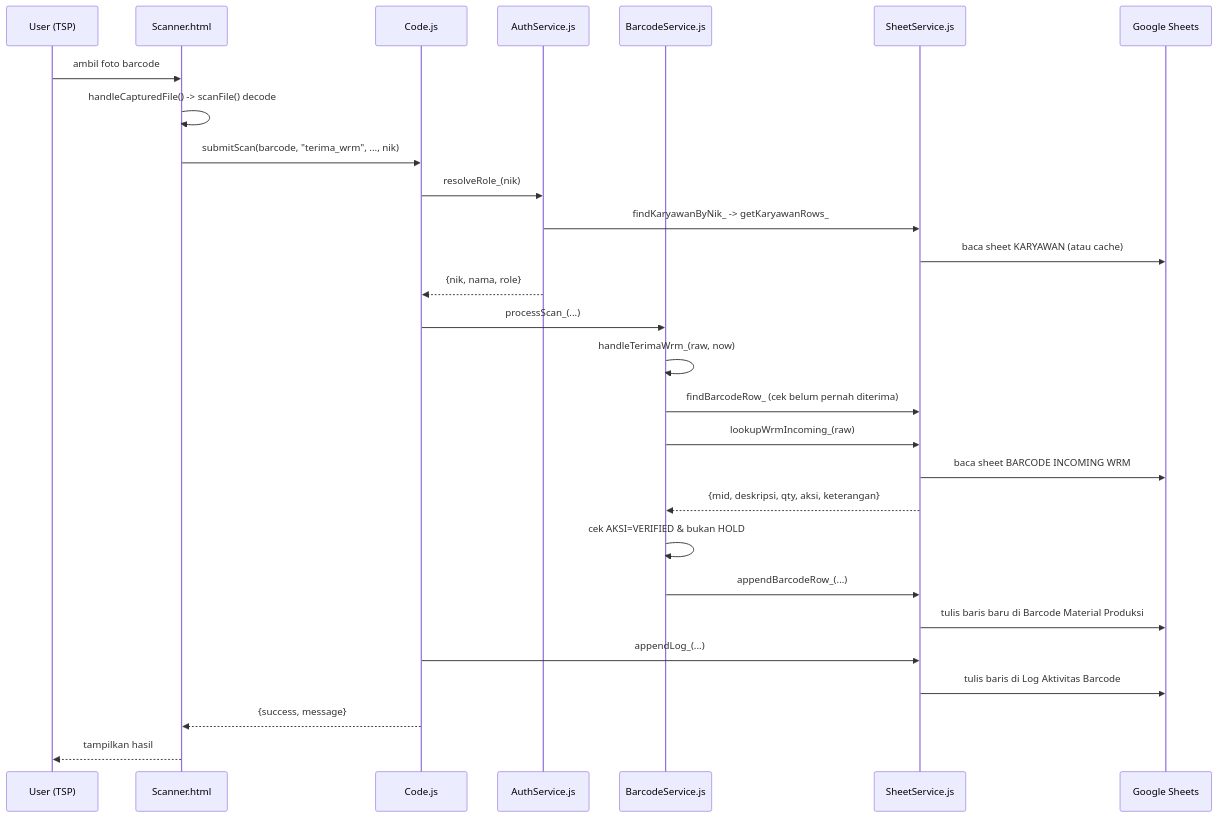
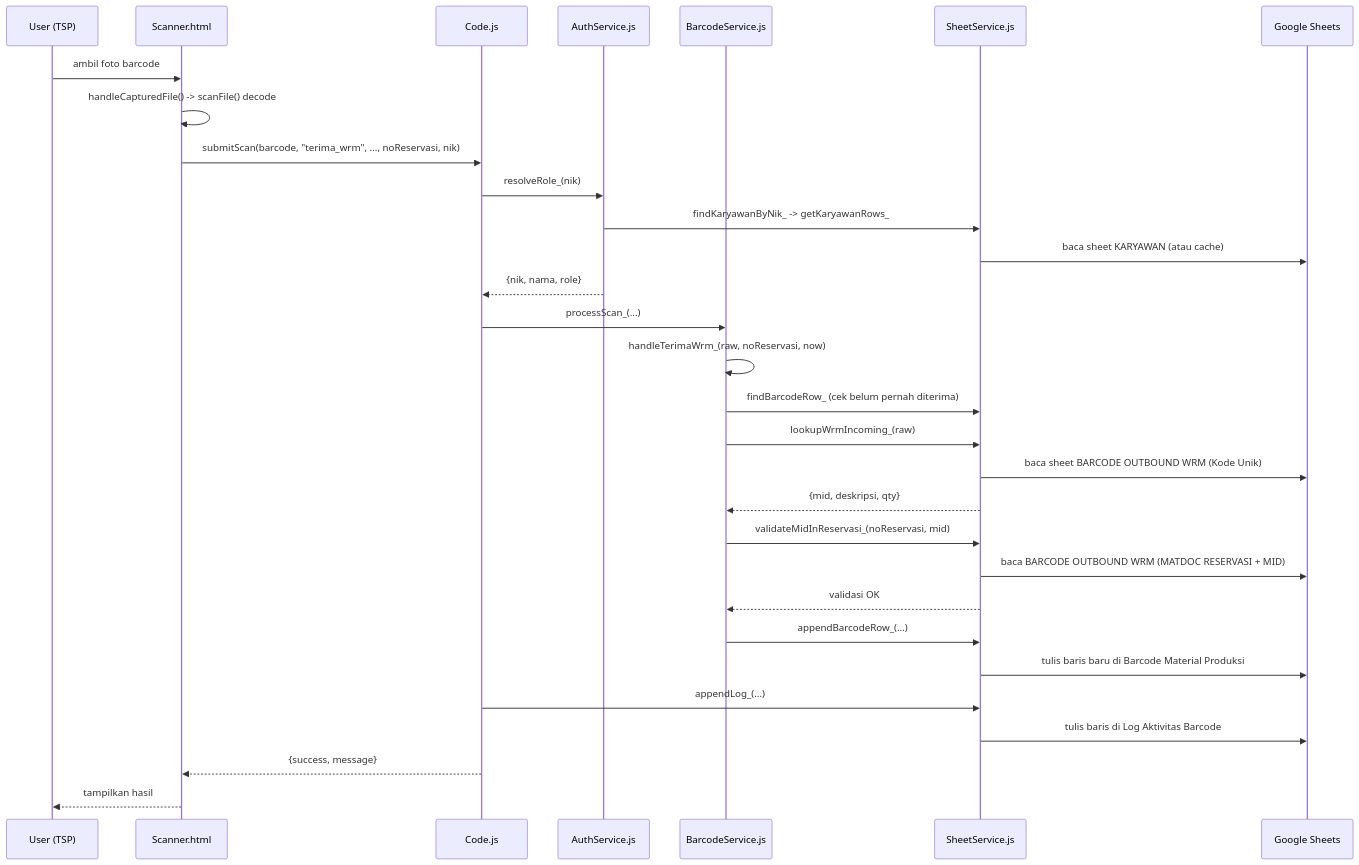
One commit to imannurchaedi-max/TSP changed the fourth of 5 diagrams in dokumentasi/DEPENDENCY_MAP.md. Above: the diagram before and after it, drawn with Mermaid. The commit also changed other lines of this file and 24 other files, not shown here.

````diff
--- a/dokumentasi/DEPENDENCY_MAP.md
+++ b/dokumentasi/DEPENDENCY_MAP.md
@@ -87,31 +87,33 @@
 ```mermaid
 sequenceDiagram
   participant U as User (TSP)
   participant Scanner as Scanner.html
   participant Code as Code.js
   participant Auth as AuthService.js
   participant Barcode as BarcodeService.js
   participant Sheet as SheetService.js
   participant GS as Google Sheets
 
   U->>Scanner: ambil foto barcode
   Scanner->>Scanner: handleCapturedFile() -> scanFile() decode
-  Scanner->>Code: submitScan(barcode, "terima_wrm", ..., nik)
+  Scanner->>Code: submitScan(barcode, "terima_wrm", ..., noReservasi, nik)
   Code->>Auth: resolveRole_(nik)
   Auth->>Sheet: findKaryawanByNik_ -> getKaryawanRows_
   Sheet->>GS: baca sheet KARYAWAN (atau cache)
   Auth-->>Code: {nik, nama, role}
   Code->>Barcode: processScan_(...)
-  Barcode->>Barcode: handleTerimaWrm_(raw, now)
+  Barcode->>Barcode: handleTerimaWrm_(raw, noReservasi, now)
   Barcode->>Sheet: findBarcodeRow_ (cek belum pernah diterima)
   Barcode->>Sheet: lookupWrmIncoming_(raw)
-  Sheet->>GS: baca sheet BARCODE INCOMING WRM
-  Sheet-->>Barcode: {mid, deskripsi, qty, aksi, keterangan}
-  Barcode->>Barcode: cek AKSI=VERIFIED & bukan HOLD
+  Sheet->>GS: baca sheet BARCODE OUTBOUND WRM (Kode Unik)
+  Sheet-->>Barcode: {mid, deskripsi, qty}
+  Barcode->>Sheet: validateMidInReservasi_(noReservasi, mid)
+  Sheet->>GS: baca BARCODE OUTBOUND WRM (MATDOC RESERVASI + MID)
+  Sheet-->>Barcode: validasi OK
   Barcode->>Sheet: appendBarcodeRow_(...)
   Sheet->>GS: tulis baris baru di Barcode Material Produksi
   Code->>Sheet: appendLog_(...)
   Sheet->>GS: tulis baris di Log Aktivitas Barcode
   Code-->>Scanner: {success, message}
   Scanner-->>U: tampilkan hasil
 ```
````
